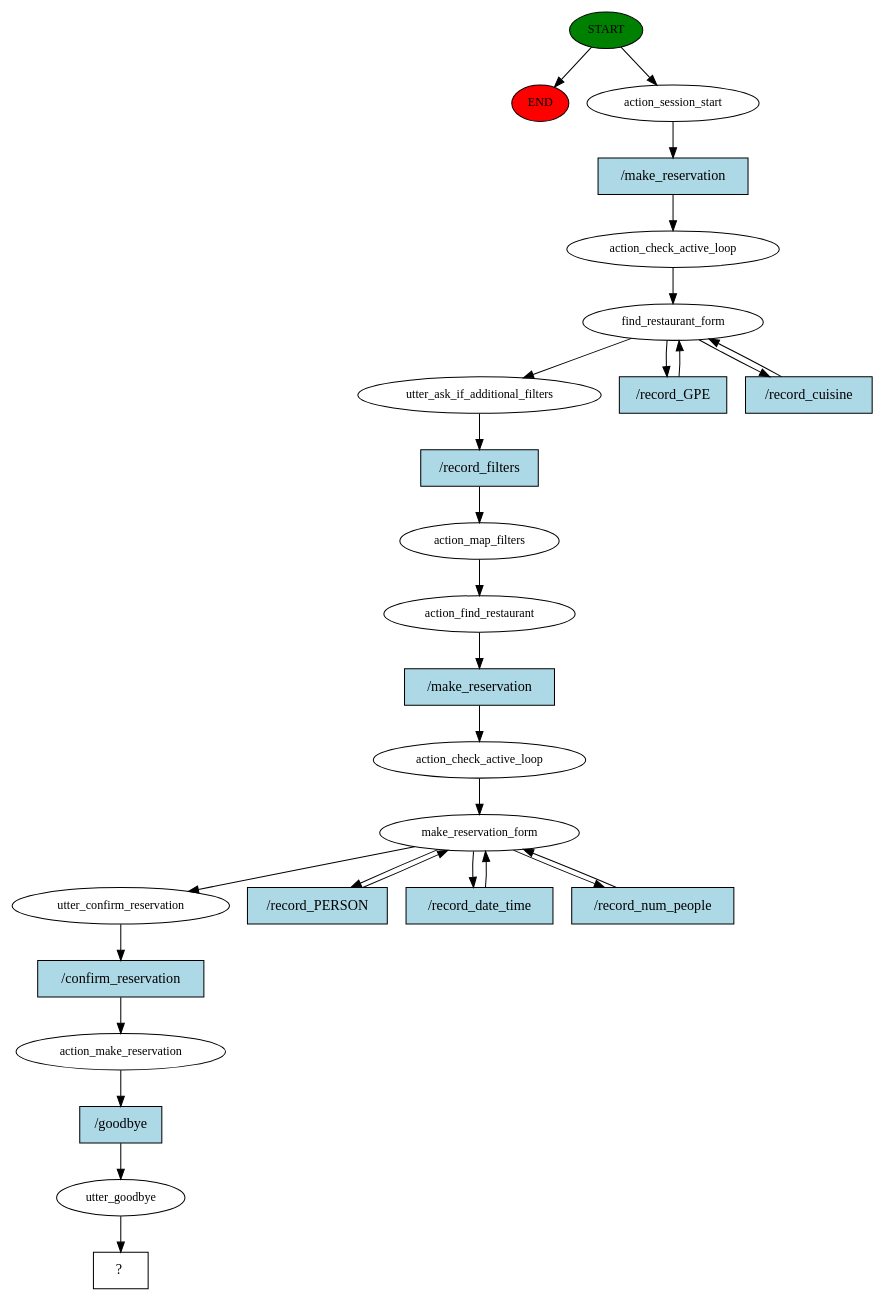
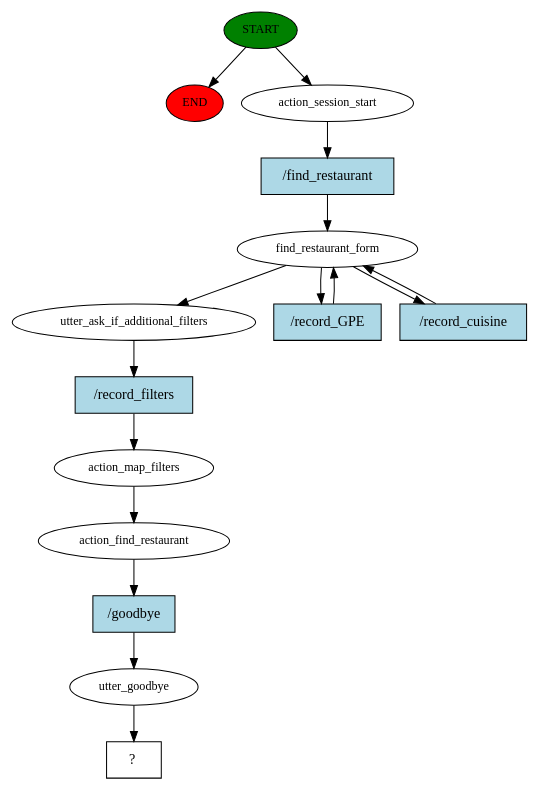
The diagram in rasa_chatbot/story_graph.dot (AsiaSzych/IU_Voice_Assistants), drawn with Graphviz before and after one commit. The commit also changed 8 other files, not shown here.

```diff
--- a/rasa_chatbot/story_graph.dot
+++ b/rasa_chatbot/story_graph.dot
@@ -1,54 +1,31 @@
 digraph  {
 0 [class="start active", fillcolor=green, fontsize=12, label=START, style=filled];
 "-1" [class=end, fillcolor=red, fontsize=12, label=END, style=filled];
 1 [class=active, fontsize=12, label=action_session_start];
-2 [class=active, fontsize=12, label=action_check_active_loop];
-3 [class=active, fontsize=12, label=find_restaurant_form];
-6 [class=active, fontsize=12, label=utter_ask_if_additional_filters];
-7 [class=active, fontsize=12, label=action_map_filters];
-8 [class=active, fontsize=12, label=action_find_restaurant];
-9 [class=active, fontsize=12, label=action_check_active_loop];
-10 [class=active, fontsize=12, label=make_reservation_form];
-14 [class=active, fontsize=12, label=utter_confirm_reservation];
-15 [class=active, fontsize=12, label=action_make_reservation];
-16 [class=active, fontsize=12, label=utter_goodbye];
-17 [class="intent dashed active", label="  ?  ", shape=rect];
-18 [class="intent active", fillcolor=lightblue, label="/make_reservation", shape=rect, style=filled];
-19 [class="intent active", fillcolor=lightblue, label="/record_GPE", shape=rect, style=filled];
-20 [class="intent active", fillcolor=lightblue, label="/record_cuisine", shape=rect, style=filled];
-21 [class="intent active", fillcolor=lightblue, label="/record_filters", shape=rect, style=filled];
-22 [class="intent active", fillcolor=lightblue, label="/make_reservation", shape=rect, style=filled];
-23 [class="intent active", fillcolor=lightblue, label="/record_PERSON", shape=rect, style=filled];
-24 [class="intent active", fillcolor=lightblue, label="/record_date_time", shape=rect, style=filled];
-25 [class="intent active", fillcolor=lightblue, label="/record_num_people", shape=rect, style=filled];
-26 [class="intent active", fillcolor=lightblue, label="/confirm_reservation", shape=rect, style=filled];
-27 [class="intent active", fillcolor=lightblue, label="/goodbye", shape=rect, style=filled];
+2 [class=active, fontsize=12, label=find_restaurant_form];
+5 [class=active, fontsize=12, label=utter_ask_if_additional_filters];
+6 [class=active, fontsize=12, label=action_map_filters];
+7 [class=active, fontsize=12, label=action_find_restaurant];
+8 [class=active, fontsize=12, label=utter_goodbye];
+9 [class="intent dashed active", label="  ?  ", shape=rect];
+10 [class="intent active", fillcolor=lightblue, label="/find_restaurant", shape=rect, style=filled];
+11 [class="intent active", fillcolor=lightblue, label="/record_GPE", shape=rect, style=filled];
+12 [class="intent active", fillcolor=lightblue, label="/record_cuisine", shape=rect, style=filled];
+13 [class="intent active", fillcolor=lightblue, label="/record_filters", shape=rect, style=filled];
+14 [class="intent active", fillcolor=lightblue, label="/goodbye", shape=rect, style=filled];
 0 -> "-1"  [class="", key=NONE, label=""];
 0 -> 1  [class=active, key=NONE, label=""];
-1 -> 18  [class=active, key=0];
-2 -> 3  [class=active, key=NONE, label=""];
-3 -> 6  [class=active, key=NONE, label=""];
-3 -> 19  [class=active, key=0];
-3 -> 20  [class=active, key=0];
-6 -> 21  [class=active, key=0];
-7 -> 8  [class=active, key=NONE, label=""];
-8 -> 22  [class=active, key=0];
-9 -> 10  [class=active, key=NONE, label=""];
-10 -> 14  [class=active, key=NONE, label=""];
-10 -> 23  [class=active, key=0];
-10 -> 24  [class=active, key=0];
-10 -> 25  [class=active, key=0];
-14 -> 26  [class=active, key=0];
-15 -> 27  [class=active, key=0];
-16 -> 17  [class=active, key=NONE, label=""];
-18 -> 2  [class=active, key=0];
-19 -> 3  [class=active, key=0];
-20 -> 3  [class=active, key=0];
-21 -> 7  [class=active, key=0];
-22 -> 9  [class=active, key=0];
-23 -> 10  [class=active, key=0];
-24 -> 10  [class=active, key=0];
-25 -> 10  [class=active, key=0];
-26 -> 15  [class=active, key=0];
-27 -> 16  [class=active, key=0];
+1 -> 10  [class=active, key=0];
+2 -> 5  [class=active, key=NONE, label=""];
+2 -> 11  [class=active, key=0];
+2 -> 12  [class=active, key=0];
+5 -> 13  [class=active, key=0];
+6 -> 7  [class=active, key=NONE, label=""];
+7 -> 14  [class=active, key=0];
+8 -> 9  [class=active, key=NONE, label=""];
+10 -> 2  [class=active, key=0];
+11 -> 2  [class=active, key=0];
+12 -> 2  [class=active, key=0];
+13 -> 6  [class=active, key=0];
+14 -> 8  [class=active, key=0];
 }
```
